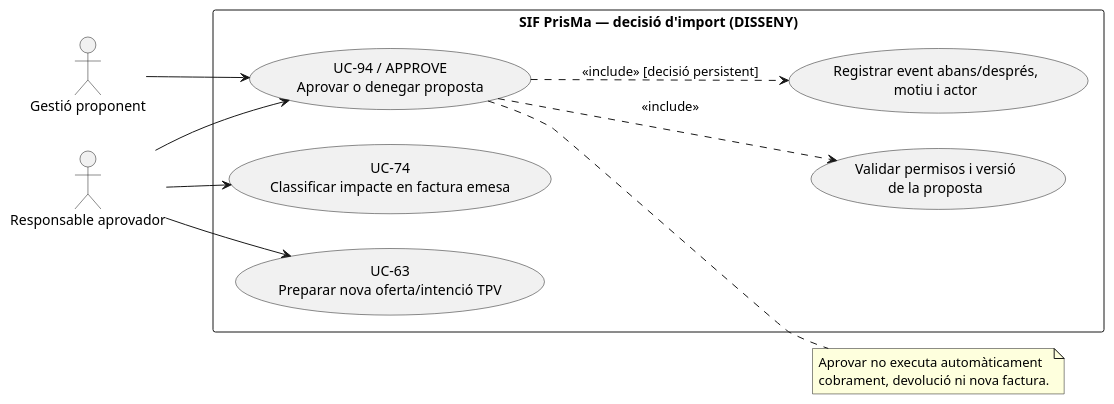
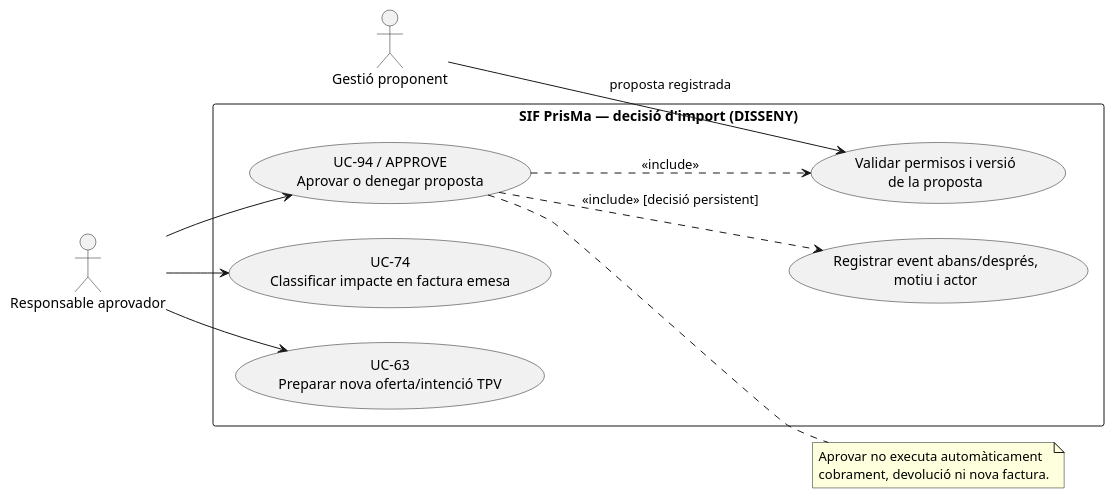
One commit to orgmeriemprismacat-del/verifactu changed the sixth of 9 diagrams in documentacio/07-uml-integrat/uc-094-ajustar-manualment-import-pagar-justificacio.md. Above: the diagram before and after it, drawn with PlantUML. The commit also changed other lines of this file, not shown here.

Commit message:
docs(uml): alinear signatures UML i actors amb els fluxos detallats d'ajust i conciliació

````diff
--- a/documentacio/07-uml-integrat/uc-094-ajustar-manualment-import-pagar-justificacio.md
+++ b/documentacio/07-uml-integrat/uc-094-ajustar-manualment-import-pagar-justificacio.md
@@ -184,24 +184,24 @@
 ```plantuml
 @startuml
 left to right direction
 actor "Gestió proponent" as G
 actor "Responsable aprovador" as A
 rectangle "SIF PrisMa — decisió d'import (DISSENY)" {
  usecase "UC-94 / APPROVE\nAprovar o denegar proposta" as Decide
  usecase "Validar permisos i versió\nde la proposta" as Guard
  usecase "Registrar event abans/després,\nmotiu i actor" as Event
  usecase "UC-74\nClassificar impacte en factura emesa" as Fiscal
  usecase "UC-63\nPreparar nova oferta/intenció TPV" as Intent
 }
-G --> Decide
+G --> Guard : proposta registrada
 A --> Decide
 Decide ..> Guard : <<include>>
 Decide ..> Event : <<include>> [decisió persistent]
 A --> Fiscal
 A --> Intent
 note right of Decide
  Aprovar no executa automàticament
  cobrament, devolució ni nova factura.
 end note
 @enduml
 ```
````
